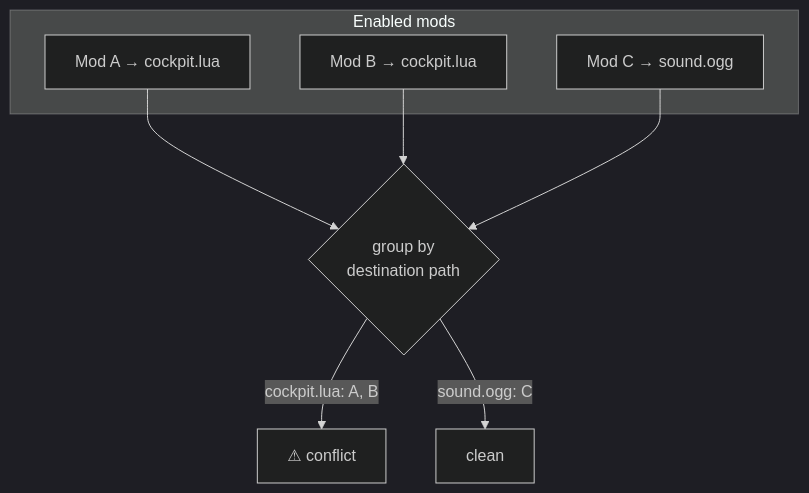
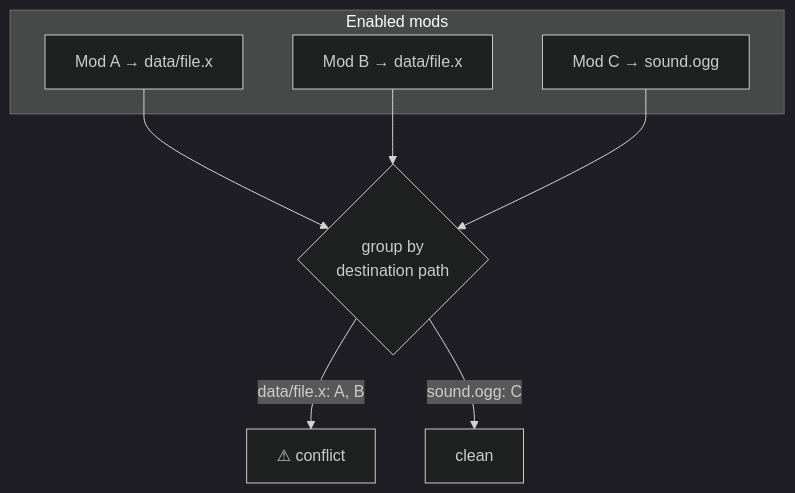
Before and after one commit to FreeProject089/BMM-Docs: the first of 2 diagrams in docs/how-it-works/conflicts.md, drawn with Mermaid (dark theme). The commit also changed other lines of this file and 5 other files, not shown here.

````diff
--- a/docs/how-it-works/conflicts.md
+++ b/docs/how-it-works/conflicts.md
@@ -12,13 +12,13 @@
 ```mermaid
 flowchart TB
     subgraph Enabled["Enabled mods"]
-        A["Mod A → cockpit.lua"]
-        B["Mod B → cockpit.lua"]
+        A["Mod A → data/file.x"]
+        B["Mod B → data/file.x"]
         C["Mod C → sound.ogg"]
     end
     A --> G{"group by<br/>destination path"}
     B --> G
     C --> G
-    G -- "cockpit.lua: A, B" --> CONF["⚠ conflict"]
+    G -- "data/file.x: A, B" --> CONF["⚠ conflict"]
     G -- "sound.ogg: C" --> OK["clean"]
 ```
````
